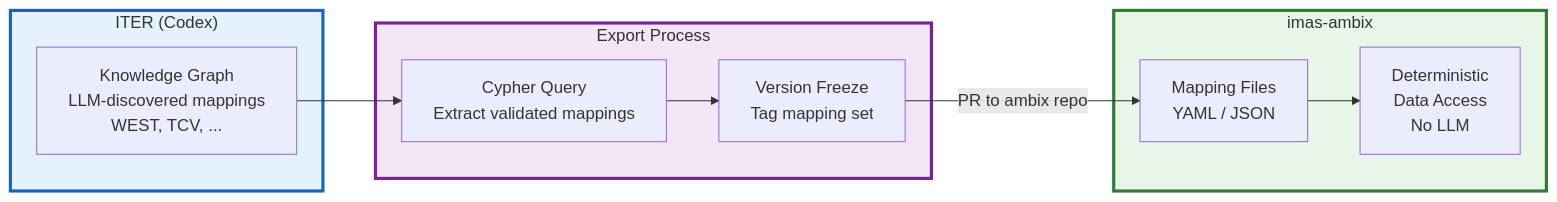
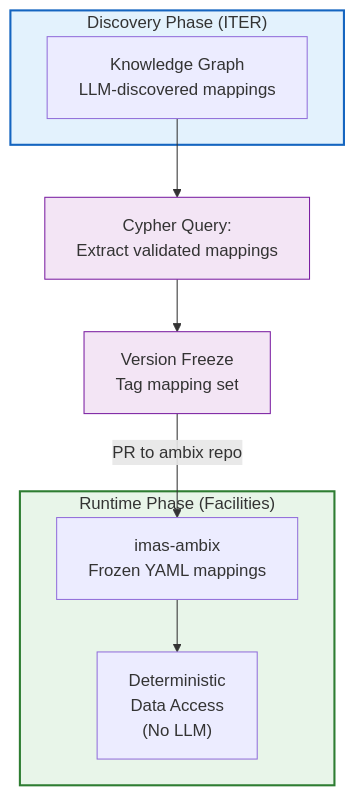
The seventh of 8 diagrams in docs/architecture/facility-access-justification.md (iterorganization/imas-mcp), drawn with Mermaid before and after one commit. The commit also changed other lines of this file, not shown here.

First line of the commit message:
docs: improve facility access justification document

````diff
--- a/docs/architecture/facility-access-justification.md
+++ b/docs/architecture/facility-access-justification.md
@@ -415,34 +451,31 @@
 ```mermaid
-flowchart LR
-    subgraph ITER["ITER (Codex)"]
+flowchart TB
+    subgraph DISCOVERY["Discovery Phase (ITER)"]
         GRAPH["Knowledge Graph
-        LLM-discovered mappings
-        WEST, TCV, ..."]
+        LLM-discovered mappings"]
     end
     
-    subgraph EXPORT["Export Process"]
-        QUERY["Cypher Query
-        Extract validated mappings"]
-        
-        FREEZE["Version Freeze
-        Tag mapping set"]
-    end
+    QUERY["Cypher Query:
+    Extract validated mappings"]
     
-    subgraph AMBIX["imas-ambix"]
-        YAML["Mapping Files
-        YAML / JSON"]
-        
-        RUNTIME["Deterministic
+    FREEZE["Version Freeze
+    Tag mapping set"]
+    
+    subgraph RUNTIME_PHASE["Runtime Phase (Facilities)"]
+        YAML["imas-ambix
+        Frozen YAML mappings"]
+        ACCESS["Deterministic
         Data Access
-        No LLM"]
+        (No LLM)"]
     end
     
     GRAPH --> QUERY
     QUERY --> FREEZE
     FREEZE -->|"PR to ambix repo"| YAML
-    YAML --> RUNTIME
+    YAML --> ACCESS
 
-    style ITER fill:#e3f2fd,stroke:#1565c0,stroke-width:3px
-    style EXPORT fill:#f3e5f5,stroke:#7b1fa2,stroke-width:3px
-    style AMBIX fill:#e8f5e9,stroke:#2e7d32,stroke-width:3px
+    style DISCOVERY fill:#e3f2fd,stroke:#1565c0,stroke-width:2px
+    style RUNTIME_PHASE fill:#e8f5e9,stroke:#2e7d32,stroke-width:2px
+    style QUERY fill:#f3e5f5,stroke:#7b1fa2,stroke-width:1px
+    style FREEZE fill:#f3e5f5,stroke:#7b1fa2,stroke-width:1px
 ```
````
